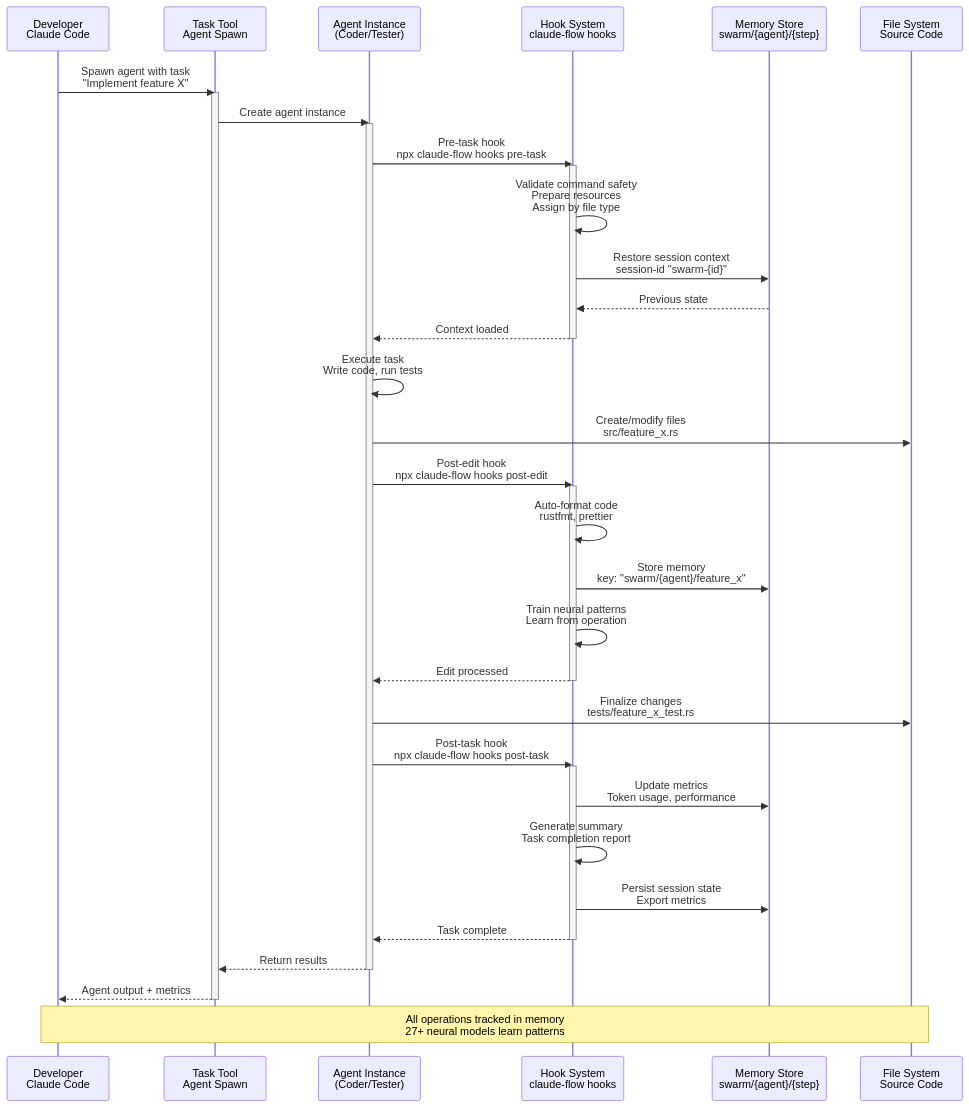
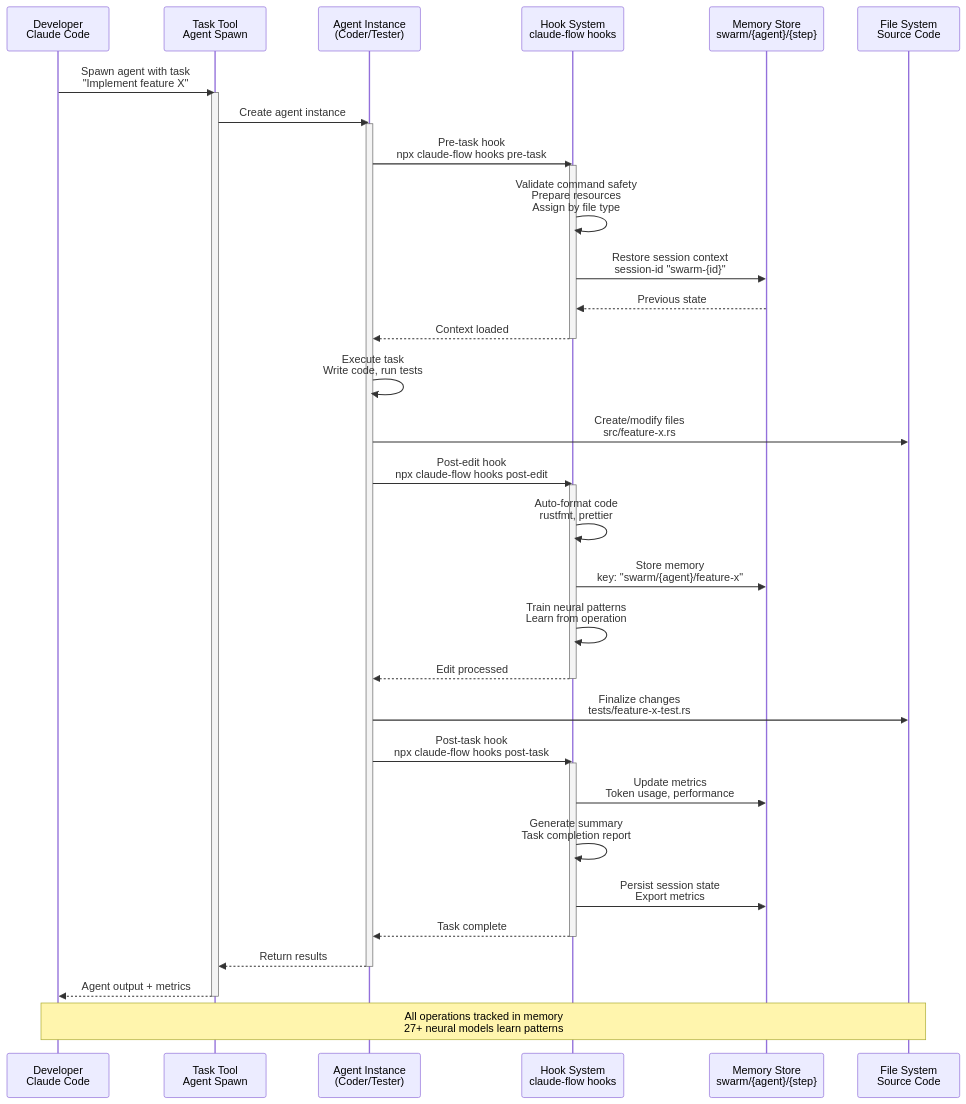
One commit to DreamLab-AI/VisionFlow changed the sixth of 8 diagrams in docs/assets/diagrams/sparc-turboflow-architecture.md. Above: the diagram before and after it, drawn with Mermaid. The commit also changed other lines of this file and 184 other files, not shown here.

````diff
--- a/docs/assets/diagrams/sparc-turboflow-architecture.md
+++ b/docs/assets/diagrams/sparc-turboflow-architecture.md
@@ -397,50 +397,50 @@
 ```mermaid
 sequenceDiagram
     participant Dev as Developer<br/>Claude Code
     participant Task as Task Tool<br/>Agent Spawn
     participant Agent as Agent Instance<br/>(Coder/Tester)
     participant Hook as Hook System<br/>claude-flow hooks
     participant Memory as Memory Store<br/>swarm/{agent}/{step}
     participant Output as File System<br/>Source Code
 
     Dev->>Task: Spawn agent with task<br/>"Implement feature X"
     activate Task
     Task->>Agent: Create agent instance
     activate Agent
 
     Agent->>Hook: Pre-task hook<br/>npx claude-flow hooks pre-task
     activate Hook
     Hook->>Hook: Validate command safety<br/>Prepare resources<br/>Assign by file type
     Hook->>Memory: Restore session context<br/>session-id "swarm-{id}"
     Memory-->>Hook: Previous state
     Hook-->>Agent: Context loaded
     deactivate Hook
 
     Agent->>Agent: Execute task<br/>Write code, run tests
-    Agent->>Output: Create/modify files<br/>src/feature_x.rs
+    Agent->>Output: Create/modify files<br/>src/feature-x.rs
 
     Agent->>Hook: Post-edit hook<br/>npx claude-flow hooks post-edit
     activate Hook
     Hook->>Hook: Auto-format code<br/>rustfmt, prettier
-    Hook->>Memory: Store memory<br/>key: "swarm/{agent}/feature_x"
+    Hook->>Memory: Store memory<br/>key: "swarm/{agent}/feature-x"
     Hook->>Hook: Train neural patterns<br/>Learn from operation
     Hook-->>Agent: Edit processed
     deactivate Hook
 
-    Agent->>Output: Finalize changes<br/>tests/feature_x_test.rs
+    Agent->>Output: Finalize changes<br/>tests/feature-x-test.rs
 
     Agent->>Hook: Post-task hook<br/>npx claude-flow hooks post-task
     activate Hook
     Hook->>Memory: Update metrics<br/>Token usage, performance
     Hook->>Hook: Generate summary<br/>Task completion report
     Hook->>Memory: Persist session state<br/>Export metrics
     Hook-->>Agent: Task complete
     deactivate Hook
 
     Agent-->>Task: Return results
     deactivate Agent
     Task-->>Dev: Agent output + metrics
     deactivate Task
 
     Note over Dev,Output: All operations tracked in memory<br/>27+ neural models learn patterns
 ```
````
